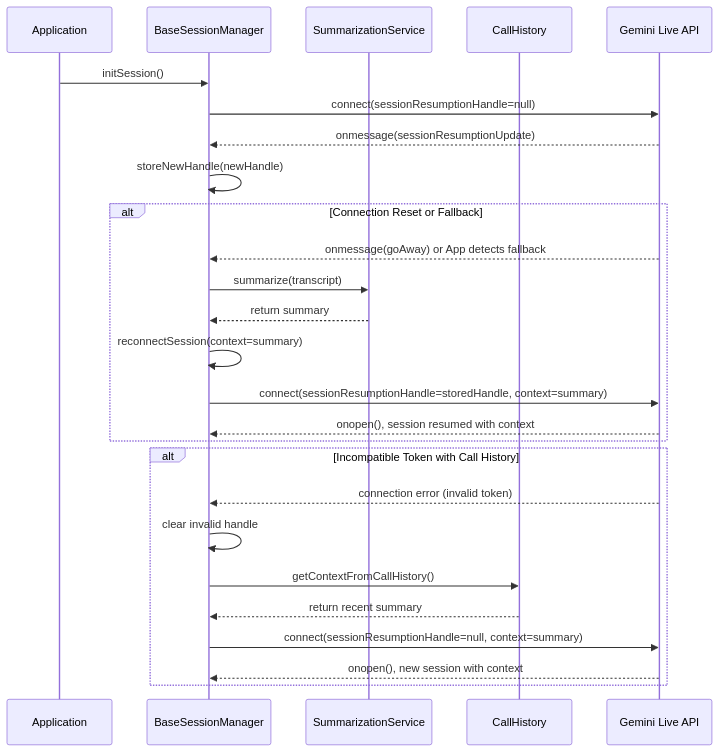
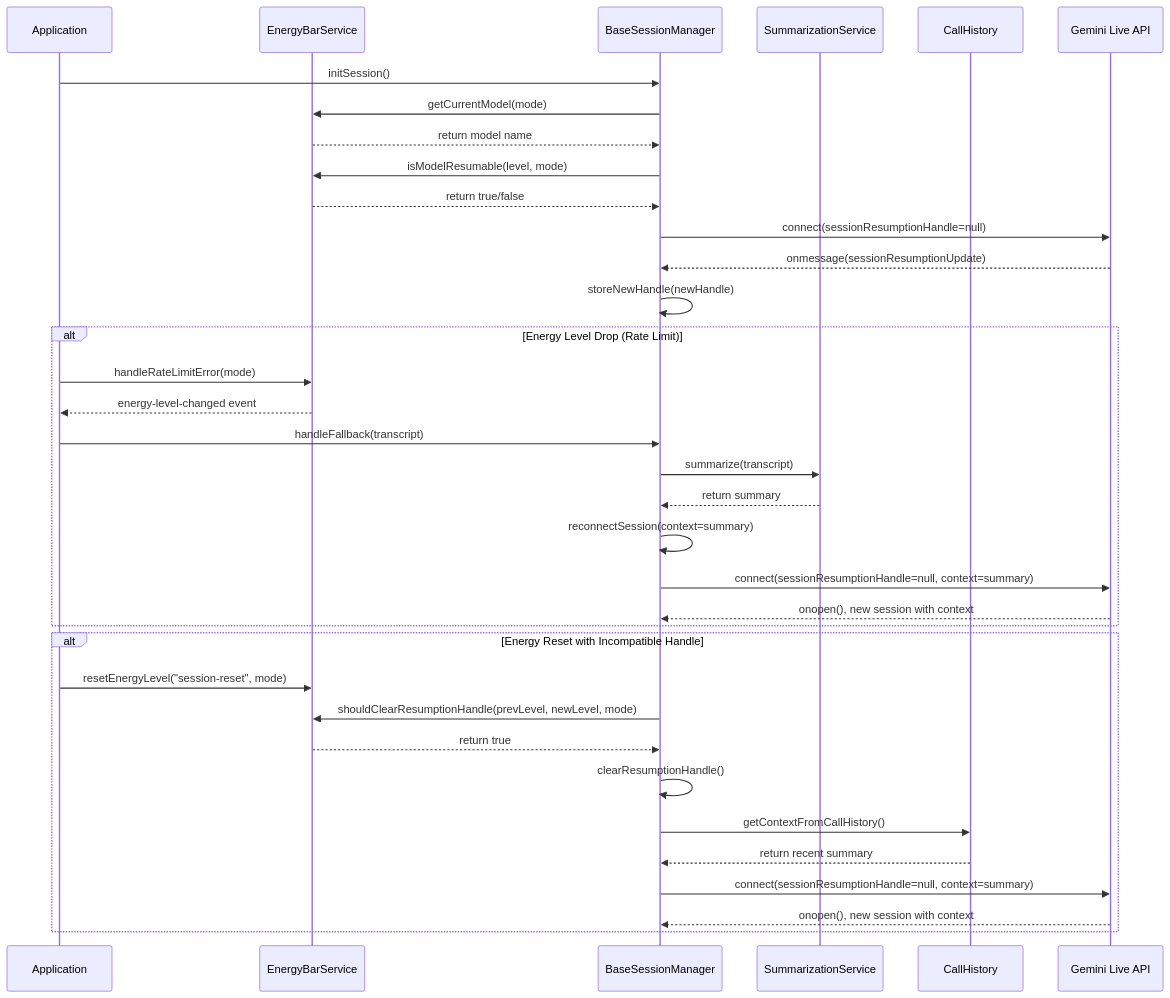
Before and after one commit to gemini-chan/gemini-chan.github.io: the diagram in docs/specs/gemini-live-api-session-management/design.md, drawn with Mermaid. The commit also changed other lines of this file and 5 other files, not shown here.

Commit message:
feat(docs): cross-link session-management spec with energy-bar

````diff
--- a/docs/specs/gemini-live-api-session-management/design.md
+++ b/docs/specs/gemini-live-api-session-management/design.md
@@ -17,31 +21,40 @@
 ```mermaid
 sequenceDiagram
     participant App as Application
+    participant EBS as EnergyBarService
     participant BSM as BaseSessionManager
     participant SS as SummarizationService
     participant CH as CallHistory
     participant GLA as Gemini Live API
 
     App->>BSM: initSession()
+    BSM->>EBS: getCurrentModel(mode)
+    EBS-->>BSM: return model name
+    BSM->>EBS: isModelResumable(level, mode)
+    EBS-->>BSM: return true/false
     BSM->>GLA: connect(sessionResumptionHandle=null)
     GLA-->>BSM: onmessage(sessionResumptionUpdate)
     BSM->>BSM: storeNewHandle(newHandle)
     
-    alt Connection Reset or Fallback
-        GLA-->>BSM: onmessage(goAway) or App detects fallback
+    alt Energy Level Drop (Rate Limit)
+        App->>EBS: handleRateLimitError(mode)
+        EBS-->>App: energy-level-changed event
+        App->>BSM: handleFallback(transcript)
         BSM->>SS: summarize(transcript)
         SS-->>BSM: return summary
         BSM->>BSM: reconnectSession(context=summary)
-        BSM->>GLA: connect(sessionResumptionHandle=storedHandle, context=summary)
-        GLA-->>BSM: onopen(), session resumed with context
+        BSM->>GLA: connect(sessionResumptionHandle=null, context=summary)
+        GLA-->>BSM: onopen(), new session with context
     end
     
-    alt Incompatible Token with Call History
-        GLA-->>BSM: connection error (invalid token)
-        BSM->>BSM: clear invalid handle
+    alt Energy Reset with Incompatible Handle
+        App->>EBS: resetEnergyLevel("session-reset", mode)
+        BSM->>EBS: shouldClearResumptionHandle(prevLevel, newLevel, mode)
+        EBS-->>BSM: return true
+        BSM->>BSM: clearResumptionHandle()
         BSM->>CH: getContextFromCallHistory()
         CH-->>BSM: return recent summary
         BSM->>GLA: connect(sessionResumptionHandle=null, context=summary)
         GLA-->>BSM: onopen(), new session with context
     end
 ```
````
